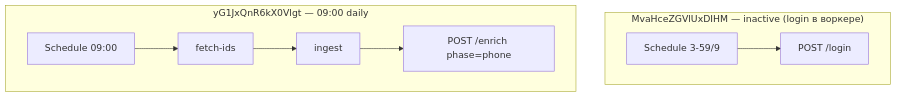
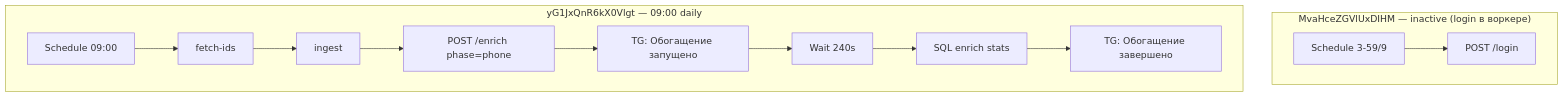
The first of 2 diagrams in docs/n8n_myhome_workflow.md (ruzzo-prog/PropRadar), drawn with Mermaid before and after one commit. The commit also changed other lines of this file and 6 other files, not shown here.

````diff
--- a/docs/n8n_myhome_workflow.md
+++ b/docs/n8n_myhome_workflow.md
@@ -33,11 +33,15 @@
 ```mermaid
 flowchart TB
   subgraph loginCron["MvaHceZGVlUxDIHM — inactive (login в воркере)"]
     LC[Schedule 3-59/9] --> L1[POST /login]
   end
   subgraph mainSync["yG1JxQnR6kX0Vlgt — 09:00 daily"]
     MS[Schedule 09:00] --> F[fetch-ids]
     F --> I[ingest]
     I --> E[POST /enrich phase=phone]
+    E --> TG1[TG: Обогащение запущено]
+    TG1 --> W240[Wait 240s]
+    W240 --> SQL[SQL enrich stats]
+    SQL --> TG2[TG: Обогащение завершено]
   end
 ```
````
